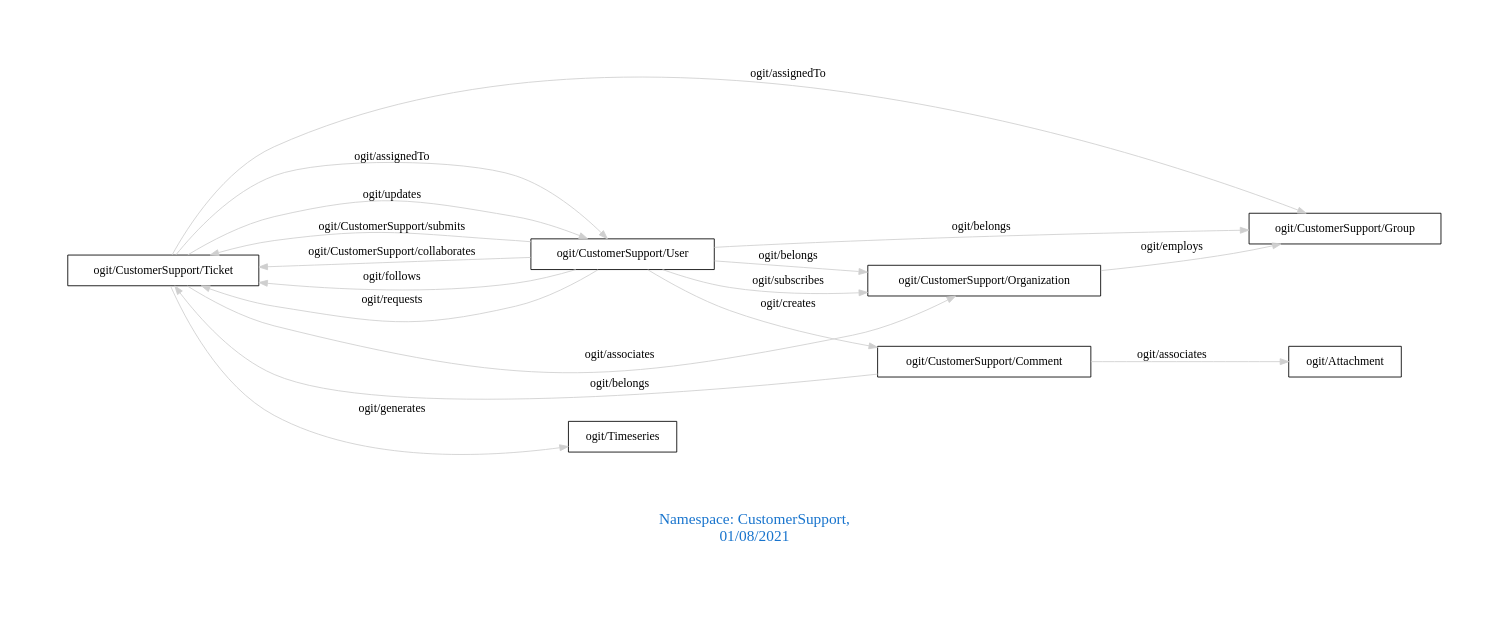
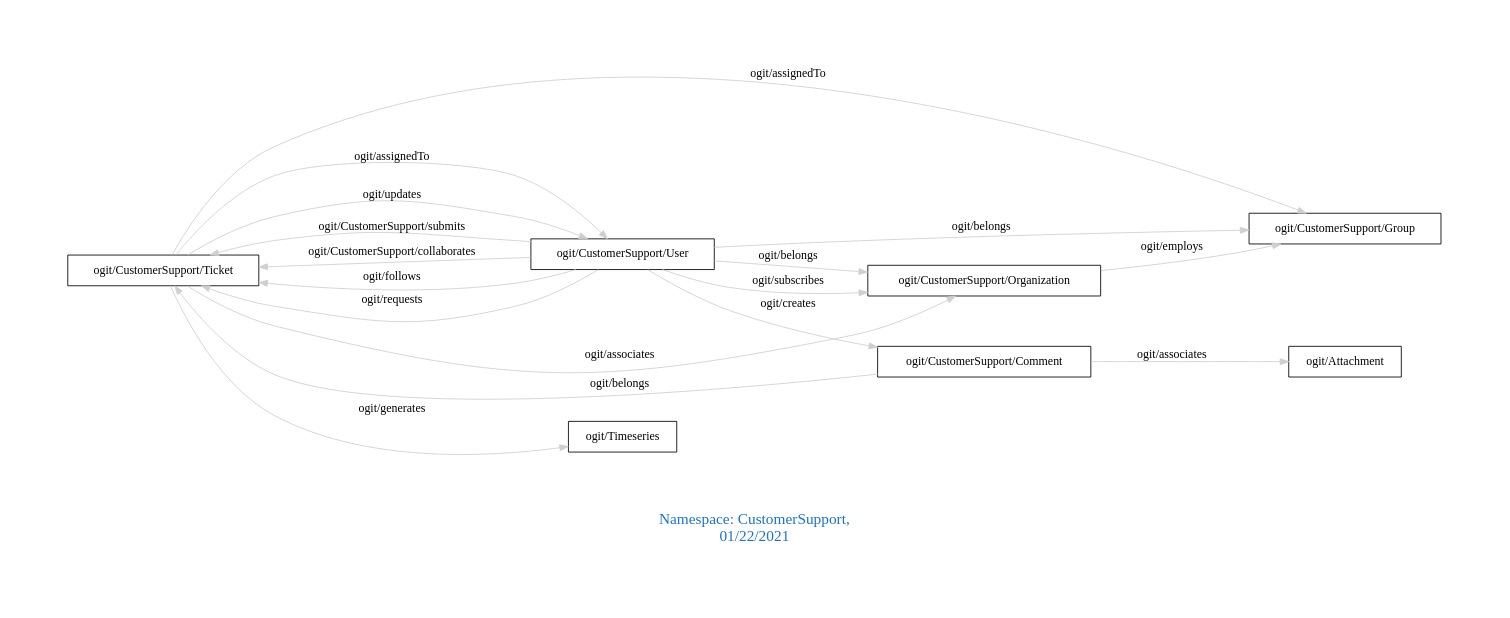
The diagram in downloads/CustomerSupport.dot (arago/OGIT), drawn with Graphviz before and after one commit. The commit also changed 1847 other files, not shown here.

```diff
--- a/downloads/CustomerSupport.dot
+++ b/downloads/CustomerSupport.dot
@@ -1,24 +1,24 @@
 digraph OGIT_ontology {
  graph [ rankdir= LR,pad=1 
 fontsize = 18,
-fontcolor= dodgerblue3,label = "\n\n\nNamespace: CustomerSupport, \n 01/08/2021"];
+fontcolor= dodgerblue3,label = "\n\n\nNamespace: CustomerSupport, \n 01/22/2021"];
 node[shape=polygon];
 edge [  color="gray81"];
 
    "ogit/CustomerSupport/Ticket" -> "ogit/CustomerSupport/User" [label="   ogit/assignedTo    "];
    "ogit/CustomerSupport/Ticket" -> "ogit/CustomerSupport/Group" [label="   ogit/assignedTo    "];
    "ogit/CustomerSupport/Ticket" -> "ogit/Timeseries" [label="   ogit/generates    "];
    "ogit/CustomerSupport/User" -> "ogit/CustomerSupport/Ticket" [label="   ogit/CustomerSupport/submits    "];
    "ogit/CustomerSupport/Organization" -> "ogit/CustomerSupport/Group" [label="   ogit/employs    "];
    "ogit/CustomerSupport/User" -> "ogit/CustomerSupport/Ticket" [label="   ogit/CustomerSupport/collaborates    "];
    "ogit/CustomerSupport/User" -> "ogit/CustomerSupport/Ticket" [label="   ogit/follows    "];
    "ogit/CustomerSupport/User" -> "ogit/CustomerSupport/Comment" [label="   ogit/creates    "];
    "ogit/CustomerSupport/Comment" -> "ogit/Attachment" [label="   ogit/associates    "];
    "ogit/CustomerSupport/Ticket" -> "ogit/CustomerSupport/Organization" [label="   ogit/associates    "];
    "ogit/CustomerSupport/User" -> "ogit/CustomerSupport/Ticket" [label="   ogit/requests    "];
    "ogit/CustomerSupport/Ticket" -> "ogit/CustomerSupport/User" [label="   ogit/updates    "];
    "ogit/CustomerSupport/Comment" -> "ogit/CustomerSupport/Ticket" [label="   ogit/belongs    "];
    "ogit/CustomerSupport/User" -> "ogit/CustomerSupport/Group" [label="   ogit/belongs    "];
    "ogit/CustomerSupport/User" -> "ogit/CustomerSupport/Organization" [label="   ogit/belongs    "];
    "ogit/CustomerSupport/User" -> "ogit/CustomerSupport/Organization" [label="   ogit/subscribes    "];
 }
```
